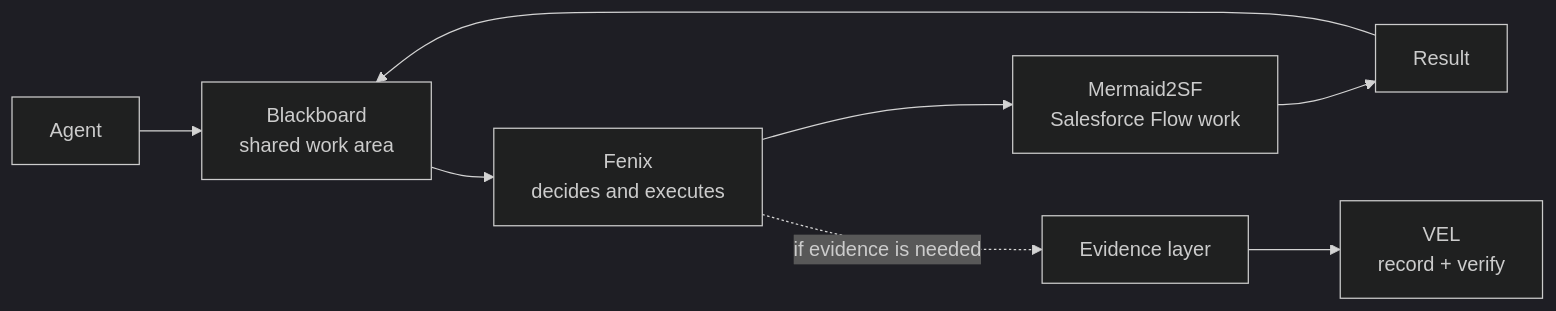
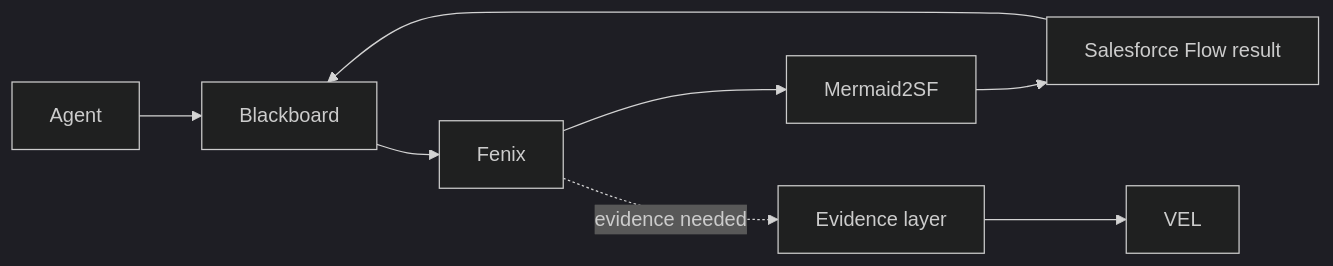
Before and after one commit to krukmat/fenix: the second of 4 diagrams in README.md, drawn with Mermaid (dark theme). The commit also changed other lines of this file and 5 other files, not shown here.

````diff
--- a/README.md
+++ b/README.md
@@ -257,11 +89,11 @@
 ```mermaid
 flowchart LR
-    A[Agent] --> B[Blackboard<br/>shared work area]
-    B --> F[Fenix<br/>decides and executes]
-    F --> M[Mermaid2SF<br/>Salesforce Flow work]
-    M --> R[Result]
+    A[Agent] --> B[Blackboard]
+    B --> F[Fenix]
+    F --> M[Mermaid2SF]
+    M --> R[Salesforce Flow result]
     R --> B
 
-    F -. if evidence is needed .-> E[Evidence layer]
-    E --> V[VEL<br/>record + verify]
+    F -. evidence needed .-> E[Evidence layer]
+    E --> V[VEL]
 ```
````
